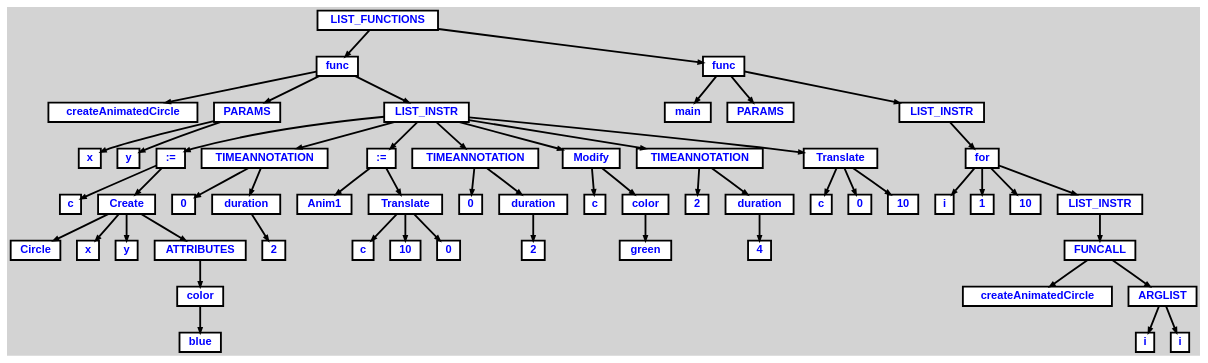
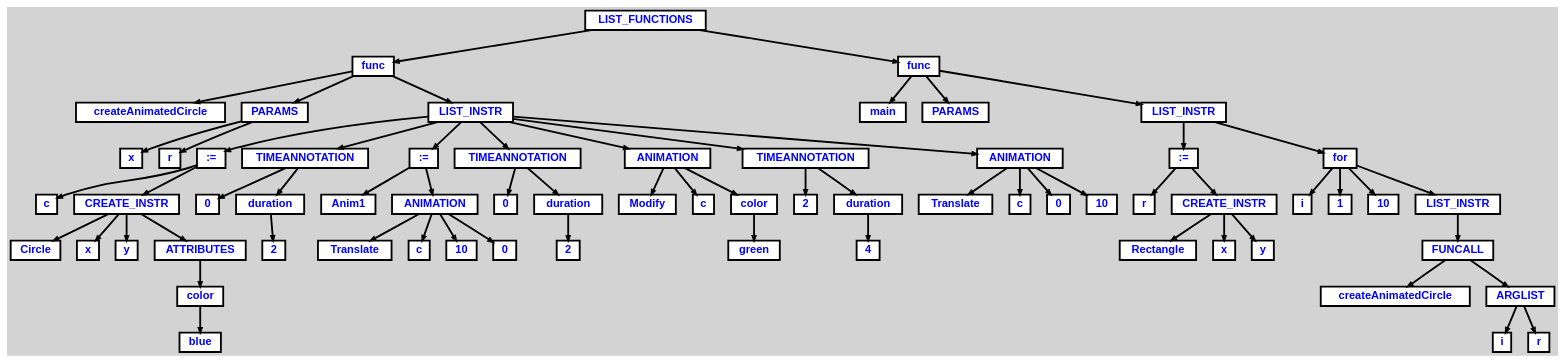
The diagram in examples/functions.dot (5thingol/Practica-CL), drawn with Graphviz before and after one commit. The commit also changed 52 other files, not shown here.

```diff
--- a/examples/functions.dot
+++ b/examples/functions.dot
@@ -1,146 +1,166 @@
 digraph {
 
 	ordering=out;
 	ranksep=.4;
 	bgcolor="lightgrey"; node [shape=box, fixedsize=false, fontsize=12, fontname="Helvetica-bold", fontcolor="blue"
 		width=.25, height=.25, color="black", fillcolor="white", style="filled, solid, bold"];
 	edge [arrowsize=.5, color="black", style="bold"]
 
   n0 [label="LIST_FUNCTIONS"];
   n1 [label="func"];
   n1 [label="func"];
   n2 [label="createAnimatedCircle"];
   n3 [label="PARAMS"];
   n3 [label="PARAMS"];
   n4 [label="x"];
-  n5 [label="y"];
+  n5 [label="r"];
   n6 [label="LIST_INSTR"];
   n6 [label="LIST_INSTR"];
   n7 [label=":="];
   n7 [label=":="];
   n8 [label="c"];
-  n9 [label="Create"];
-  n9 [label="Create"];
+  n9 [label="CREATE_INSTR"];
+  n9 [label="CREATE_INSTR"];
   n10 [label="Circle"];
   n11 [label="x"];
   n12 [label="y"];
   n13 [label="ATTRIBUTES"];
   n13 [label="ATTRIBUTES"];
   n14 [label="color"];
   n14 [label="color"];
   n15 [label="blue"];
   n16 [label="TIMEANNOTATION"];
   n16 [label="TIMEANNOTATION"];
   n17 [label="0"];
   n18 [label="duration"];
   n18 [label="duration"];
   n19 [label="2"];
   n20 [label=":="];
   n20 [label=":="];
   n21 [label="Anim1"];
-  n22 [label="Translate"];
-  n22 [label="Translate"];
-  n23 [label="c"];
-  n24 [label="10"];
-  n25 [label="0"];
-  n26 [label="TIMEANNOTATION"];
-  n26 [label="TIMEANNOTATION"];
-  n27 [label="0"];
-  n28 [label="duration"];
-  n28 [label="duration"];
-  n29 [label="2"];
-  n30 [label="Modify"];
-  n30 [label="Modify"];
-  n31 [label="c"];
-  n32 [label="color"];
-  n32 [label="color"];
-  n33 [label="green"];
-  n34 [label="TIMEANNOTATION"];
-  n34 [label="TIMEANNOTATION"];
-  n35 [label="2"];
-  n36 [label="duration"];
-  n36 [label="duration"];
-  n37 [label="4"];
-  n38 [label="Translate"];
-  n38 [label="Translate"];
-  n39 [label="c"];
-  n40 [label="0"];
-  n41 [label="10"];
-  n42 [label="func"];
-  n42 [label="func"];
-  n43 [label="main"];
-  n44 [label="PARAMS"];
-  n45 [label="LIST_INSTR"];
-  n45 [label="LIST_INSTR"];
-  n46 [label="for"];
-  n46 [label="for"];
-  n47 [label="i"];
-  n48 [label="1"];
-  n49 [label="10"];
-  n50 [label="LIST_INSTR"];
-  n50 [label="LIST_INSTR"];
-  n51 [label="FUNCALL"];
-  n51 [label="FUNCALL"];
-  n52 [label="createAnimatedCircle"];
-  n53 [label="ARGLIST"];
-  n53 [label="ARGLIST"];
-  n54 [label="i"];
-  n55 [label="i"];
+  n22 [label="ANIMATION"];
+  n22 [label="ANIMATION"];
+  n23 [label="Translate"];
+  n24 [label="c"];
+  n25 [label="10"];
+  n26 [label="0"];
+  n27 [label="TIMEANNOTATION"];
+  n27 [label="TIMEANNOTATION"];
+  n28 [label="0"];
+  n29 [label="duration"];
+  n29 [label="duration"];
+  n30 [label="2"];
+  n31 [label="ANIMATION"];
+  n31 [label="ANIMATION"];
+  n32 [label="Modify"];
+  n33 [label="c"];
+  n34 [label="color"];
+  n34 [label="color"];
+  n35 [label="green"];
+  n36 [label="TIMEANNOTATION"];
+  n36 [label="TIMEANNOTATION"];
+  n37 [label="2"];
+  n38 [label="duration"];
+  n38 [label="duration"];
+  n39 [label="4"];
+  n40 [label="ANIMATION"];
+  n40 [label="ANIMATION"];
+  n41 [label="Translate"];
+  n42 [label="c"];
+  n43 [label="0"];
+  n44 [label="10"];
+  n45 [label="func"];
+  n45 [label="func"];
+  n46 [label="main"];
+  n47 [label="PARAMS"];
+  n48 [label="LIST_INSTR"];
+  n48 [label="LIST_INSTR"];
+  n49 [label=":="];
+  n49 [label=":="];
+  n50 [label="r"];
+  n51 [label="CREATE_INSTR"];
+  n51 [label="CREATE_INSTR"];
+  n52 [label="Rectangle"];
+  n53 [label="x"];
+  n54 [label="y"];
+  n55 [label="for"];
+  n55 [label="for"];
+  n56 [label="i"];
+  n57 [label="1"];
+  n58 [label="10"];
+  n59 [label="LIST_INSTR"];
+  n59 [label="LIST_INSTR"];
+  n60 [label="FUNCALL"];
+  n60 [label="FUNCALL"];
+  n61 [label="createAnimatedCircle"];
+  n62 [label="ARGLIST"];
+  n62 [label="ARGLIST"];
+  n63 [label="i"];
+  n64 [label="r"];
 
   n0 -> n1 // "LIST_FUNCTIONS" -> "func"
   n1 -> n2 // "func" -> "createAnimatedCircle"
   n1 -> n3 // "func" -> "PARAMS"
   n3 -> n4 // "PARAMS" -> "x"
-  n3 -> n5 // "PARAMS" -> "y"
+  n3 -> n5 // "PARAMS" -> "r"
   n1 -> n6 // "func" -> "LIST_INSTR"
   n6 -> n7 // "LIST_INSTR" -> ":="
   n7 -> n8 // ":=" -> "c"
-  n7 -> n9 // ":=" -> "Create"
-  n9 -> n10 // "Create" -> "Circle"
-  n9 -> n11 // "Create" -> "x"
-  n9 -> n12 // "Create" -> "y"
-  n9 -> n13 // "Create" -> "ATTRIBUTES"
+  n7 -> n9 // ":=" -> "CREATE_INSTR"
+  n9 -> n10 // "CREATE_INSTR" -> "Circle"
+  n9 -> n11 // "CREATE_INSTR" -> "x"
+  n9 -> n12 // "CREATE_INSTR" -> "y"
+  n9 -> n13 // "CREATE_INSTR" -> "ATTRIBUTES"
   n13 -> n14 // "ATTRIBUTES" -> "color"
   n14 -> n15 // "color" -> "blue"
   n6 -> n16 // "LIST_INSTR" -> "TIMEANNOTATION"
   n16 -> n17 // "TIMEANNOTATION" -> "0"
   n16 -> n18 // "TIMEANNOTATION" -> "duration"
   n18 -> n19 // "duration" -> "2"
   n6 -> n20 // "LIST_INSTR" -> ":="
   n20 -> n21 // ":=" -> "Anim1"
-  n20 -> n22 // ":=" -> "Translate"
-  n22 -> n23 // "Translate" -> "c"
-  n22 -> n24 // "Translate" -> "10"
-  n22 -> n25 // "Translate" -> "0"
-  n6 -> n26 // "LIST_INSTR" -> "TIMEANNOTATION"
-  n26 -> n27 // "TIMEANNOTATION" -> "0"
-  n26 -> n28 // "TIMEANNOTATION" -> "duration"
-  n28 -> n29 // "duration" -> "2"
-  n6 -> n30 // "LIST_INSTR" -> "Modify"
-  n30 -> n31 // "Modify" -> "c"
-  n30 -> n32 // "Modify" -> "color"
-  n32 -> n33 // "color" -> "green"
-  n6 -> n34 // "LIST_INSTR" -> "TIMEANNOTATION"
-  n34 -> n35 // "TIMEANNOTATION" -> "2"
-  n34 -> n36 // "TIMEANNOTATION" -> "duration"
-  n36 -> n37 // "duration" -> "4"
-  n6 -> n38 // "LIST_INSTR" -> "Translate"
-  n38 -> n39 // "Translate" -> "c"
-  n38 -> n40 // "Translate" -> "0"
-  n38 -> n41 // "Translate" -> "10"
-  n0 -> n42 // "LIST_FUNCTIONS" -> "func"
-  n42 -> n43 // "func" -> "main"
-  n42 -> n44 // "func" -> "PARAMS"
-  n42 -> n45 // "func" -> "LIST_INSTR"
-  n45 -> n46 // "LIST_INSTR" -> "for"
-  n46 -> n47 // "for" -> "i"
-  n46 -> n48 // "for" -> "1"
-  n46 -> n49 // "for" -> "10"
-  n46 -> n50 // "for" -> "LIST_INSTR"
-  n50 -> n51 // "LIST_INSTR" -> "FUNCALL"
-  n51 -> n52 // "FUNCALL" -> "createAnimatedCircle"
-  n51 -> n53 // "FUNCALL" -> "ARGLIST"
-  n53 -> n54 // "ARGLIST" -> "i"
-  n53 -> n55 // "ARGLIST" -> "i"
+  n20 -> n22 // ":=" -> "ANIMATION"
+  n22 -> n23 // "ANIMATION" -> "Translate"
+  n22 -> n24 // "ANIMATION" -> "c"
+  n22 -> n25 // "ANIMATION" -> "10"
+  n22 -> n26 // "ANIMATION" -> "0"
+  n6 -> n27 // "LIST_INSTR" -> "TIMEANNOTATION"
+  n27 -> n28 // "TIMEANNOTATION" -> "0"
+  n27 -> n29 // "TIMEANNOTATION" -> "duration"
+  n29 -> n30 // "duration" -> "2"
+  n6 -> n31 // "LIST_INSTR" -> "ANIMATION"
+  n31 -> n32 // "ANIMATION" -> "Modify"
+  n31 -> n33 // "ANIMATION" -> "c"
+  n31 -> n34 // "ANIMATION" -> "color"
+  n34 -> n35 // "color" -> "green"
+  n6 -> n36 // "LIST_INSTR" -> "TIMEANNOTATION"
+  n36 -> n37 // "TIMEANNOTATION" -> "2"
+  n36 -> n38 // "TIMEANNOTATION" -> "duration"
+  n38 -> n39 // "duration" -> "4"
+  n6 -> n40 // "LIST_INSTR" -> "ANIMATION"
+  n40 -> n41 // "ANIMATION" -> "Translate"
+  n40 -> n42 // "ANIMATION" -> "c"
+  n40 -> n43 // "ANIMATION" -> "0"
+  n40 -> n44 // "ANIMATION" -> "10"
+  n0 -> n45 // "LIST_FUNCTIONS" -> "func"
+  n45 -> n46 // "func" -> "main"
+  n45 -> n47 // "func" -> "PARAMS"
+  n45 -> n48 // "func" -> "LIST_INSTR"
+  n48 -> n49 // "LIST_INSTR" -> ":="
+  n49 -> n50 // ":=" -> "r"
+  n49 -> n51 // ":=" -> "CREATE_INSTR"
+  n51 -> n52 // "CREATE_INSTR" -> "Rectangle"
+  n51 -> n53 // "CREATE_INSTR" -> "x"
+  n51 -> n54 // "CREATE_INSTR" -> "y"
+  n48 -> n55 // "LIST_INSTR" -> "for"
+  n55 -> n56 // "for" -> "i"
+  n55 -> n57 // "for" -> "1"
+  n55 -> n58 // "for" -> "10"
+  n55 -> n59 // "for" -> "LIST_INSTR"
+  n59 -> n60 // "LIST_INSTR" -> "FUNCALL"
+  n60 -> n61 // "FUNCALL" -> "createAnimatedCircle"
+  n60 -> n62 // "FUNCALL" -> "ARGLIST"
+  n62 -> n63 // "ARGLIST" -> "i"
+  n62 -> n64 // "ARGLIST" -> "r"
 
 }
```
